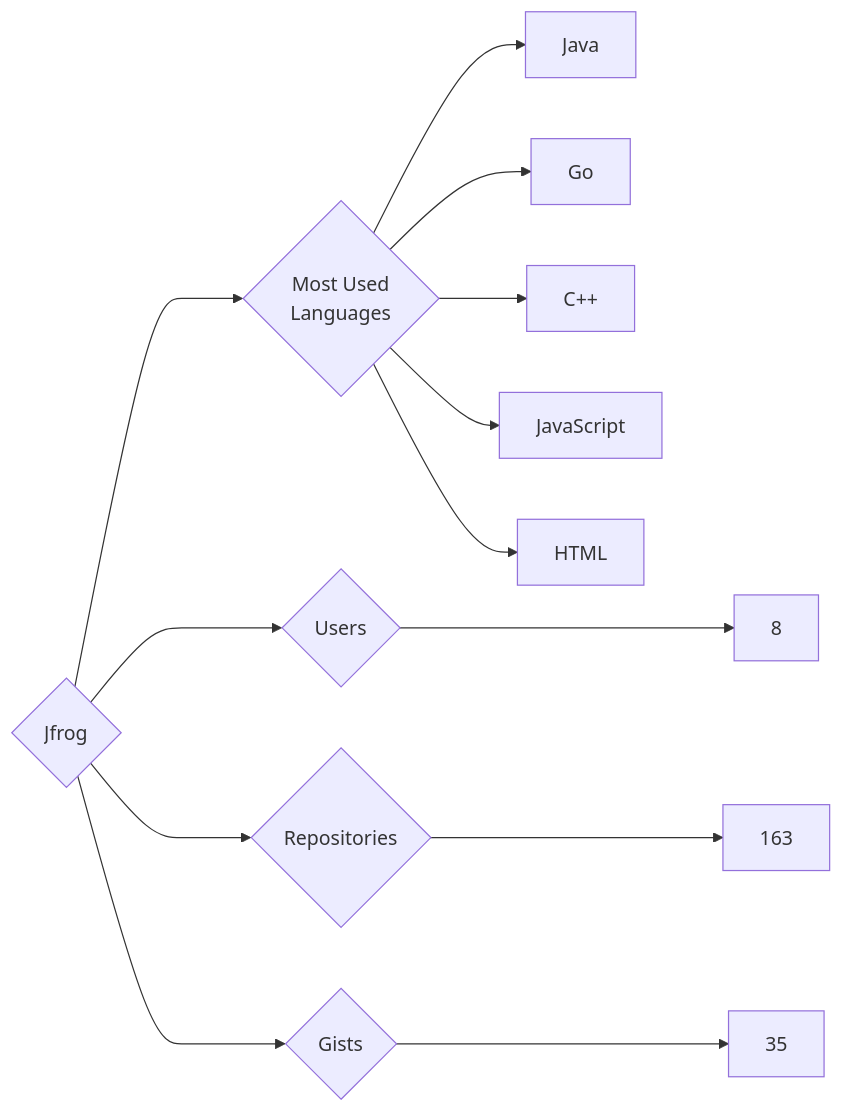
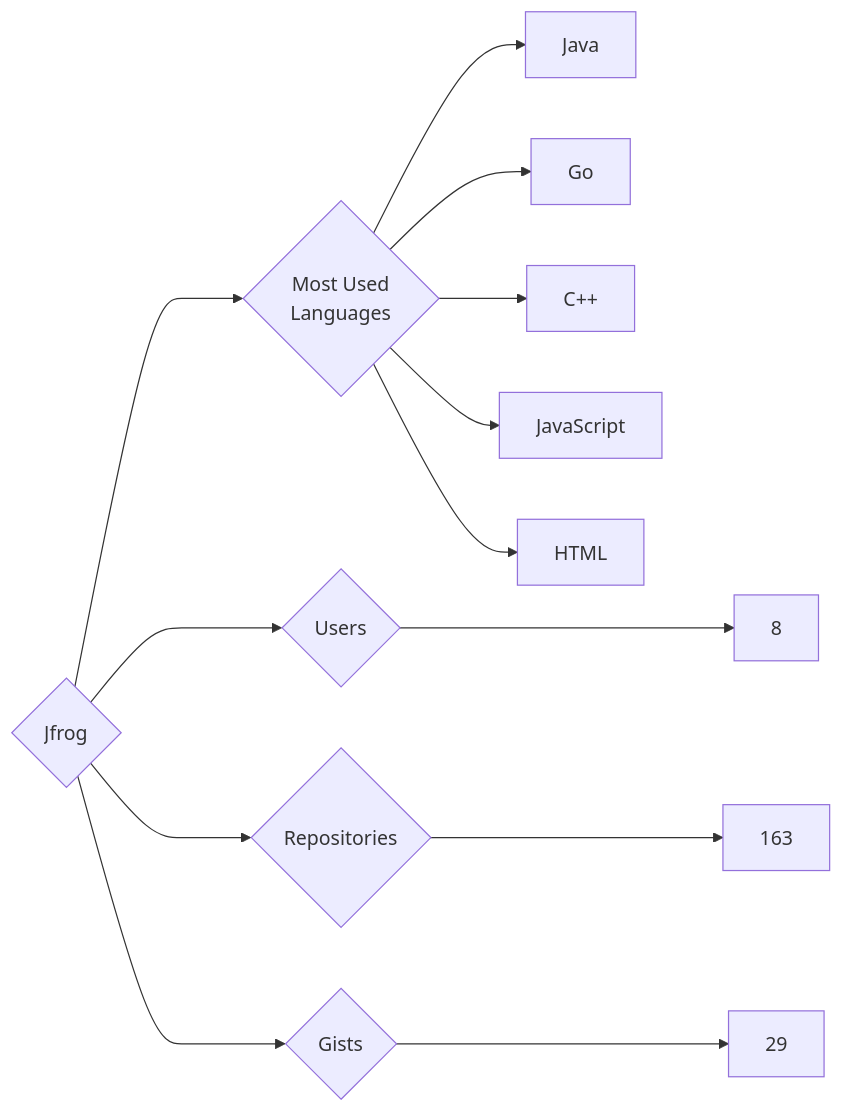
Before and after one commit to trickest/insiders: the diagram in targets/Jfrog/README.md, drawn with Mermaid. The commit also changed 773 other files, not shown here.

````diff
--- a/targets/Jfrog/README.md
+++ b/targets/Jfrog/README.md
@@ -3,13 +3,13 @@
 ```mermaid
 graph LR
 COMPANY_NAME{Jfrog}
 COMPANY_NAME ---> U{Users} ---> UN[8]
 COMPANY_NAME ---> R{Repositories} ---> RN[163]
-COMPANY_NAME ---> G{Gists} ---> GN[35]
+COMPANY_NAME ---> G{Gists} ---> GN[29]
 COMPANY_NAME ---> ML{Most Used<br>Languages}
 ML --> Java[Java]
 ML --> Go[Go]
 ML --> C++[C++]
 ML --> JavaScript[JavaScript]
 ML --> HTML[HTML]
 ```
````
